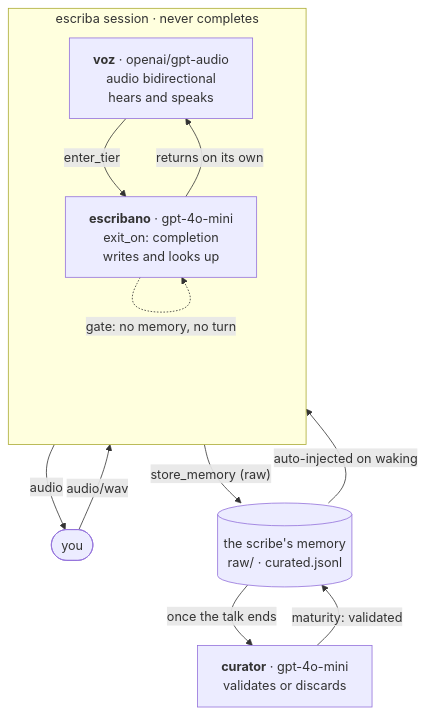
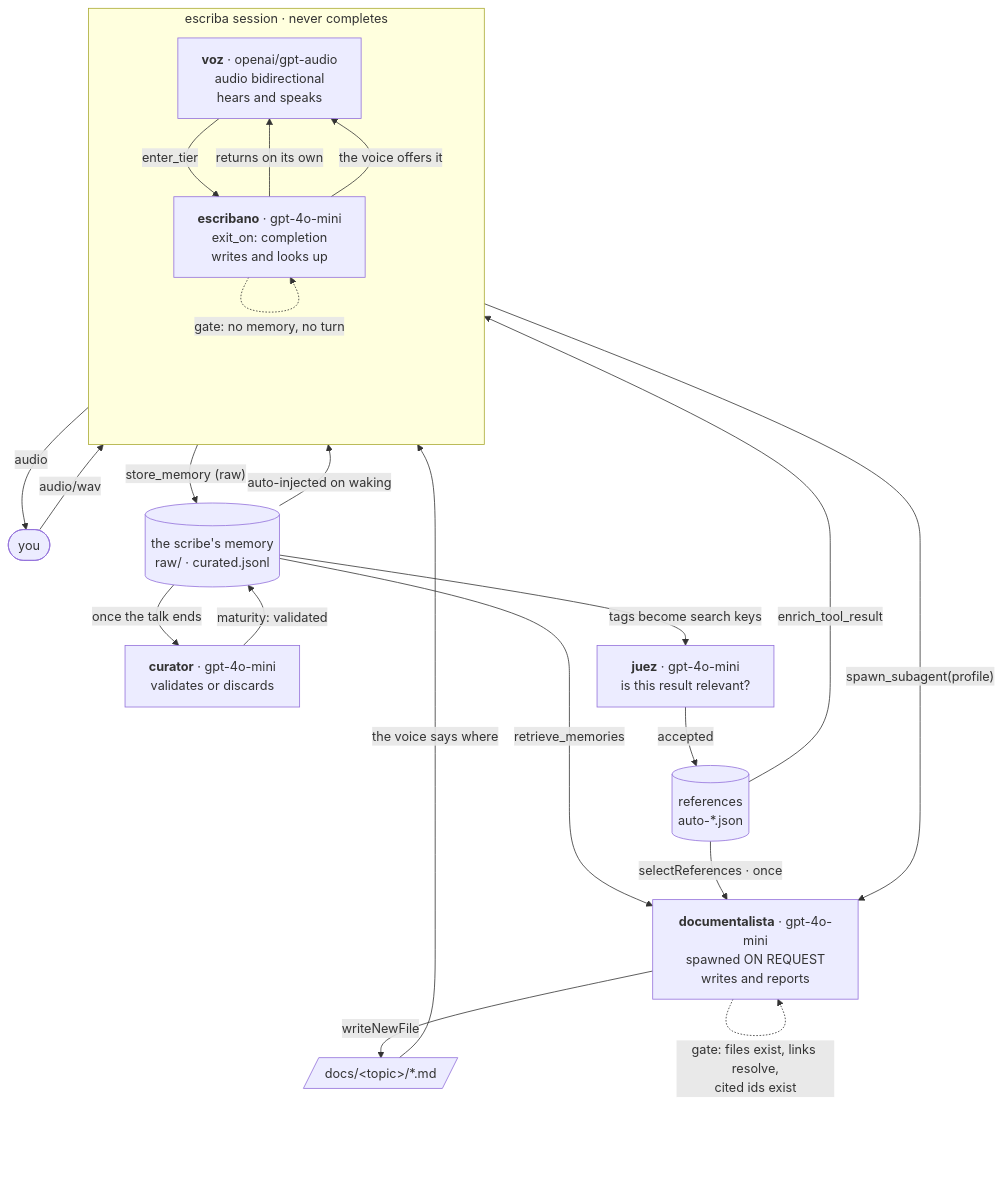
The first of 3 diagrams in README.md (Jaato-framework-and-examples/jaato-escriba), drawn with Mermaid before and after one commit. The commit also changed other lines of this file, not shown here.

````diff
--- a/README.md
+++ b/README.md
@@ -29,23 +29,39 @@
 ```mermaid
 flowchart TB
     you(["you"])
 
     subgraph S["escriba session · never completes"]
         direction TB
         voz["<b>voz</b> · openai/gpt-audio<br/>audio bidirectional<br/>hears and speaks"]
         esc["<b>escribano</b> · gpt-4o-mini<br/>exit_on: completion<br/>writes and looks up"]
         voz -- "enter_tier" --> esc
         esc -- "returns on its own" --> voz
     end
 
     mem[("the scribe's memory<br/>raw/ · curated.jsonl")]
     cur["<b>curator</b> · gpt-4o-mini<br/>validates or discards"]
+    jz["<b>juez</b> · gpt-4o-mini<br/>is this result relevant?"]
+    ref[("references<br/>auto-*.json")]
+    doc["<b>documentalista</b> · gpt-4o-mini<br/>spawned ON REQUEST<br/>writes and reports"]
+    md[/"docs/&lt;topic&gt;/*.md"/]
 
     you -- "audio/wav" --> voz
     voz -- "audio" --> you
     esc -- "store_memory (raw)" --> mem
     esc -. "gate: no memory, no turn" .-> esc
     mem -- "once the talk ends" --> cur
     cur -- "maturity: validated" --> mem
     mem -- "auto-injected on waking" --> voz
+
+    mem -- "tags become search keys" --> jz
+    jz -- "accepted" --> ref
+    ref -- "enrich_tool_result" --> esc
+    esc -- "the voice offers it" --> voz
+
+    esc -- "spawn_subagent(profile)" --> doc
+    mem -- "retrieve_memories" --> doc
+    ref -- "selectReferences · once" --> doc
+    doc -- "writeNewFile" --> md
+    doc -. "gate: files exist, links resolve,<br/>cited ids exist" .-> doc
+    md -- "the voice says where" --> voz
 ```
````
